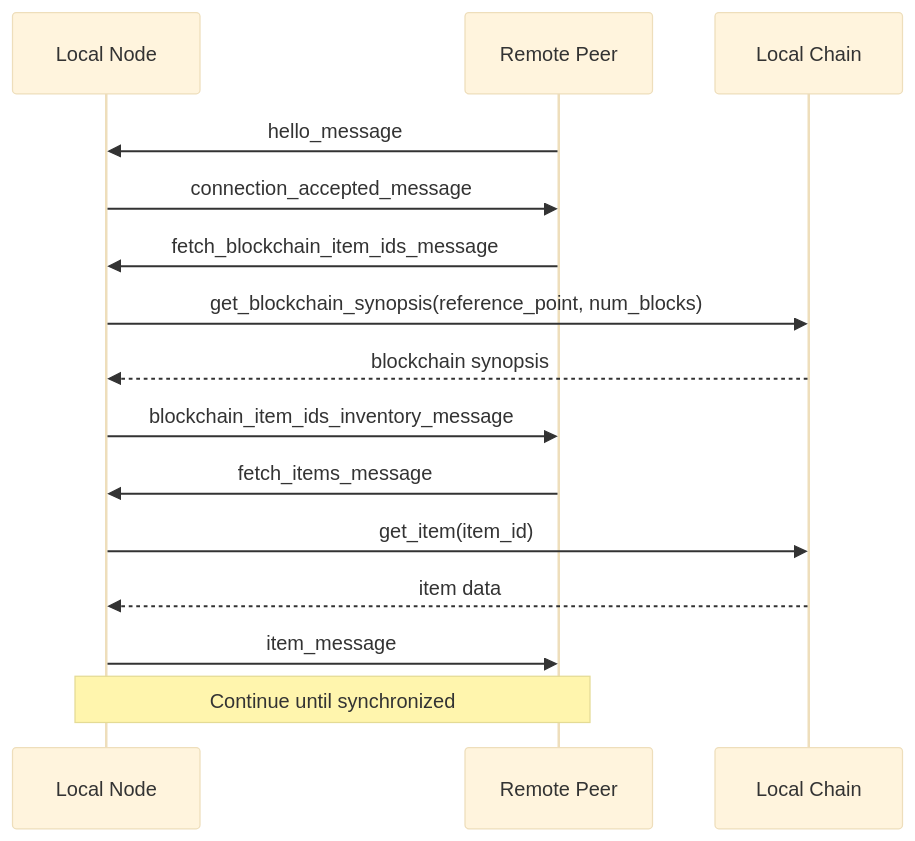
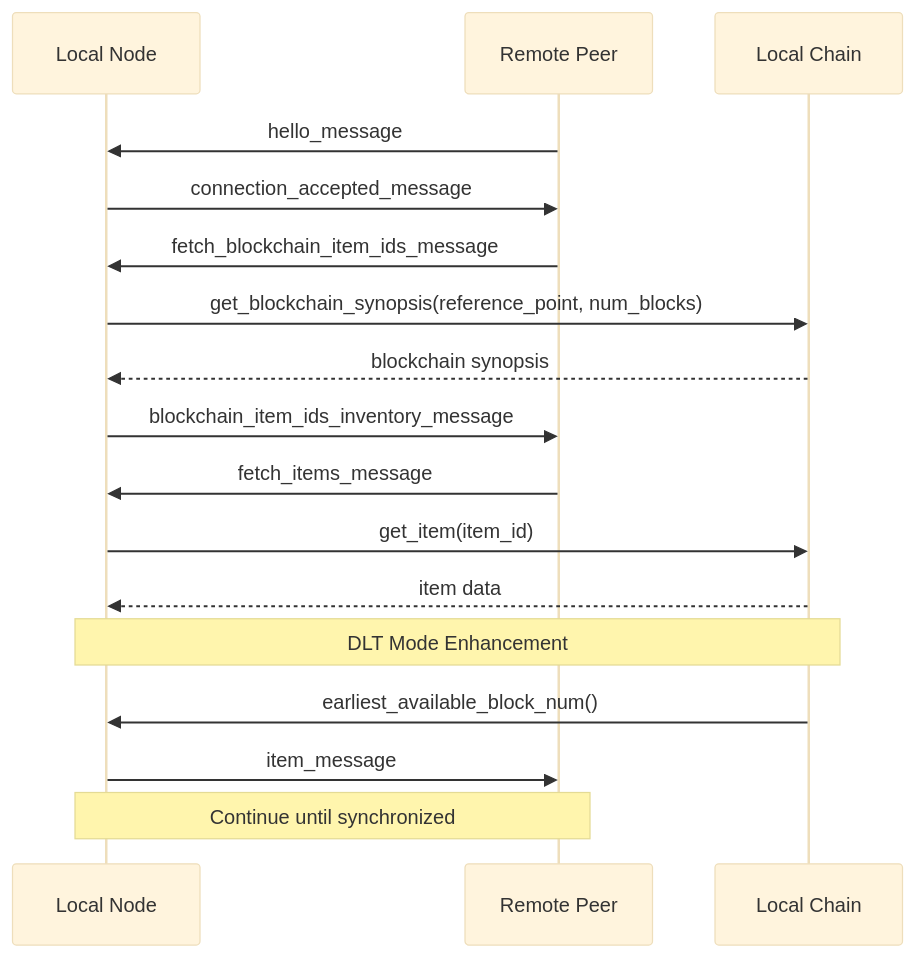
Before and after one commit to VIZ-Blockchain/viz-cpp-node: the seventh of 25 diagrams in .qoder/repowiki/en/content/P2p Plugin.md, drawn with Mermaid (base theme). The commit also changed other lines of this file and 4 other files, not shown here.

First line of the commit message:
feat(dlt_block_log): add comprehensive block range management and enhanced P2P sync

````diff
--- a/.qoder/repowiki/en/content/P2p Plugin.md
+++ b/.qoder/repowiki/en/content/P2p Plugin.md
@@ -354,17 +377,19 @@
 ```mermaid
 sequenceDiagram
 participant Local as Local Node
 participant Remote as Remote Peer
 participant Chain as Local Chain
 Remote->>Local : hello_message
 Local->>Remote : connection_accepted_message
 Remote->>Local : fetch_blockchain_item_ids_message
 Local->>Chain : get_blockchain_synopsis(reference_point, num_blocks)
 Chain-->>Local : blockchain synopsis
 Local->>Remote : blockchain_item_ids_inventory_message
 Remote->>Local : fetch_items_message
 Local->>Chain : get_item(item_id)
 Chain-->>Local : item data
+Note over Local,Chain : DLT Mode Enhancement
+Chain->>Local : earliest_available_block_num()
 Local->>Remote : item_message
 Note over Local,Remote : Continue until synchronized
 ```
````
